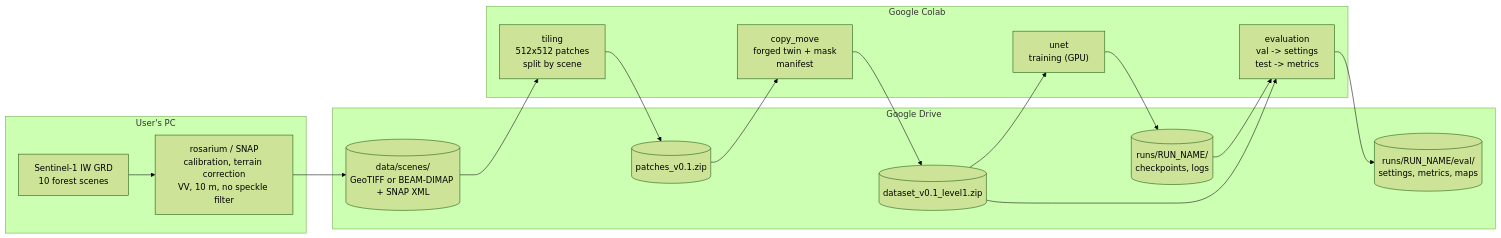
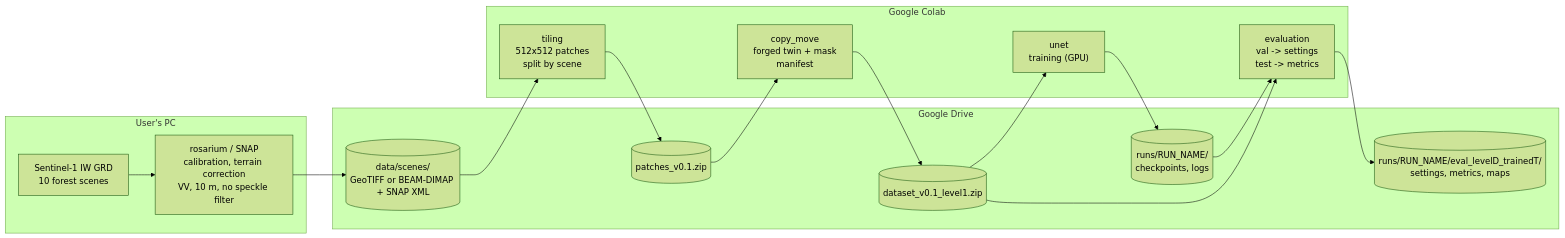
The first of 8 diagrams in docs/architecture_v0.1.md (bonlieuguillaume/aletheia), drawn with Mermaid (forest theme) before and after one commit. The commit also changed other lines of this file and 7 other files, not shown here.

First line of the commit message:
evaluation folders named eval_level<D>_trained<T> inside the run folder

````diff
--- a/docs/architecture_v0.1.md
+++ b/docs/architecture_v0.1.md
@@ -20,24 +20,24 @@
 ```mermaid
 flowchart LR
     subgraph PC["User's PC"]
         S1["Sentinel-1 IW GRD<br/>10 forest scenes"] --> SNAP["rosarium / SNAP<br/>calibration, terrain correction<br/>VV, 10 m, no speckle filter"]
     end
 
     subgraph DRIVE["Google Drive"]
         SCENES[("data/scenes/<br/>GeoTIFF or BEAM-DIMAP + SNAP XML")]
         PZIP[("patches_v0.1.zip")]
         DZIP[("dataset_v0.1_level1.zip")]
         RUN[("runs/RUN_NAME/<br/>checkpoints, logs")]
-        EVAL[("runs/RUN_NAME/eval/<br/>settings, metrics, maps")]
+        EVAL[("runs/RUN_NAME/eval_levelD_trainedT/<br/>settings, metrics, maps")]
     end
 
     subgraph COLAB["Google Colab"]
         TILING["tiling<br/>512x512 patches<br/>split by scene"]
         CM["copy_move<br/>forged twin + mask<br/>manifest"]
         TRAIN["unet<br/>training (GPU)"]
         EV["evaluation<br/>val -> settings<br/>test -> metrics"]
     end
 
     SNAP --> SCENES --> TILING --> PZIP --> CM --> DZIP --> TRAIN --> RUN --> EV --> EVAL
     DZIP --> EV
 ```
````
